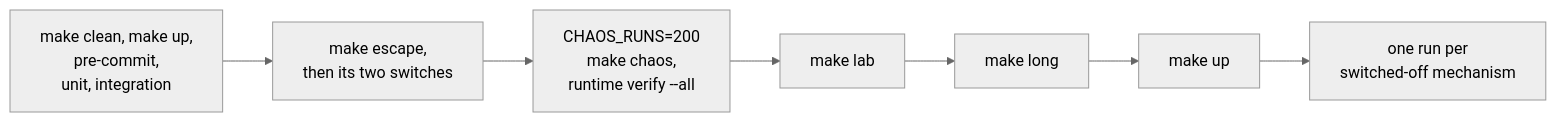
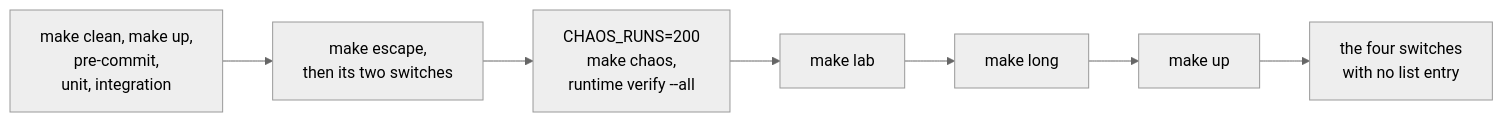
Before and after one commit to sindredg/agent-runtime: the first of 2 diagrams in docs/results/README.md, drawn with Mermaid (neutral theme). The commit also changed other lines of this file and 2 other files, not shown here.

Commit message:
docs: name when the switched-off run ran, and the commit of its counts

````diff
--- a/docs/results/README.md
+++ b/docs/results/README.md
@@ -24,9 +24,9 @@
 ```mermaid
 flowchart LR
     S1[make clean, make up,<br/>pre-commit,<br/>unit, integration] --> S2[make escape,<br/>then its two switches]
     S2 --> S3[CHAOS_RUNS=200<br/>make chaos,<br/>runtime verify --all]
     S3 --> S4[make lab]
     S4 --> S4b[make long]
     S4b --> S5[make up]
-    S5 --> S6[one run per<br/>switched-off mechanism]
+    S5 --> S6[the four switches<br/>with no list entry]
 ```
````
